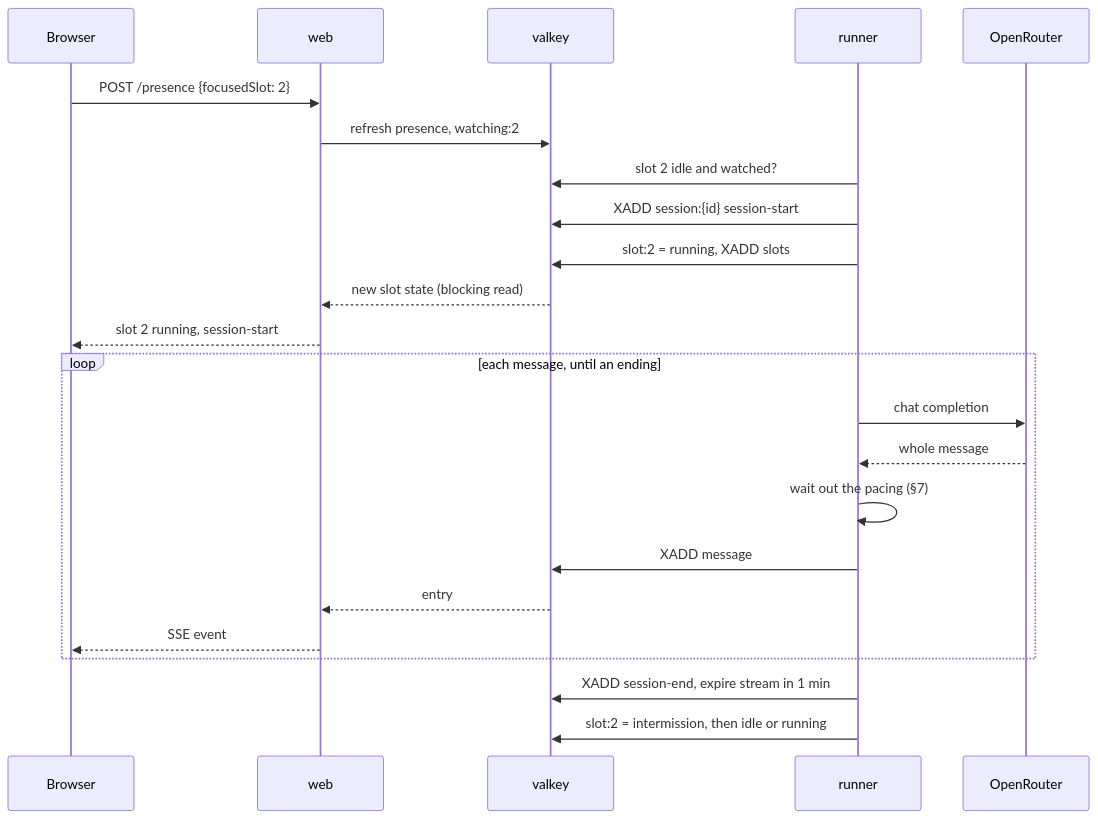
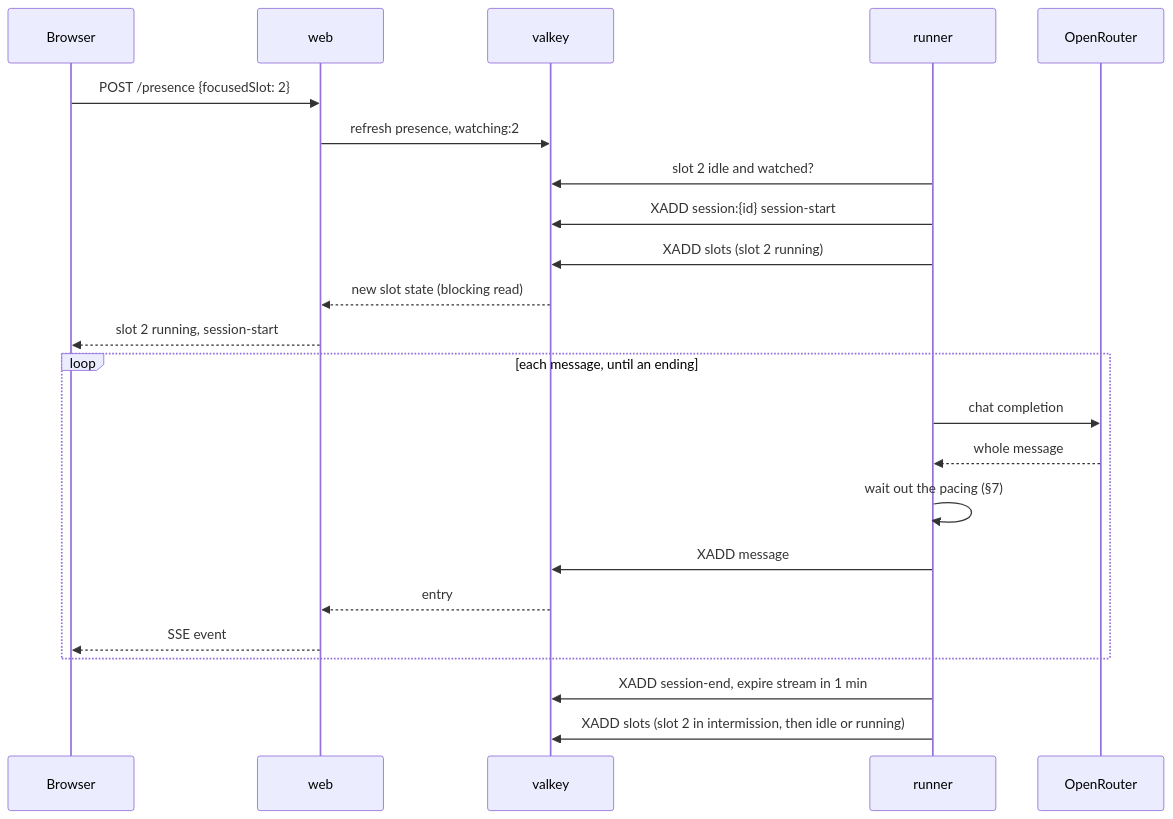
One commit to jparta/Explorer-and-Pretender changed the third of 3 diagrams in docs/phase-1/architecture.md. Above: the diagram before and after it, drawn with Mermaid. The commit also changed other lines of this file and 19 other files, not shown here.

First line of the commit message:
Every slot's state in one event on the slots stream, written by one writer (D65, review round 6)

````diff
--- a/docs/phase-1/architecture.md
+++ b/docs/phase-1/architecture.md
@@ -177,26 +175,26 @@
 ```mermaid
 sequenceDiagram
   participant B as Browser
   participant W as web
   participant V as valkey
   participant R as runner
   participant O as OpenRouter
 
   B->>W: POST /presence {focusedSlot: 2}
   W->>V: refresh presence, watching:2
   R->>V: slot 2 idle and watched?
   R->>V: XADD session:{id} session-start
-  R->>V: slot:2 = running, XADD slots
+  R->>V: XADD slots (slot 2 running)
   V-->>W: new slot state (blocking read)
   W-->>B: slot 2 running, session-start
   loop each message, until an ending
     R->>O: chat completion
     O-->>R: whole message
     R->>R: wait out the pacing (§7)
     R->>V: XADD message
     V-->>W: entry
     W-->>B: SSE event
   end
   R->>V: XADD session-end, expire stream in 1 min
-  R->>V: slot:2 = intermission, then idle or running
+  R->>V: XADD slots (slot 2 in intermission, then idle or running)
 ```
````
